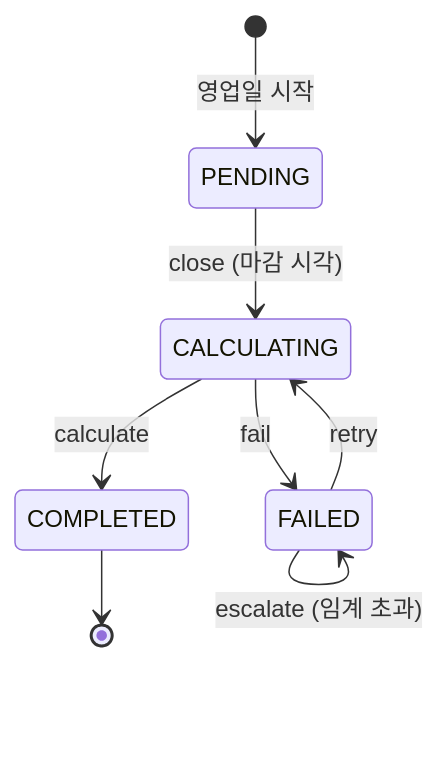
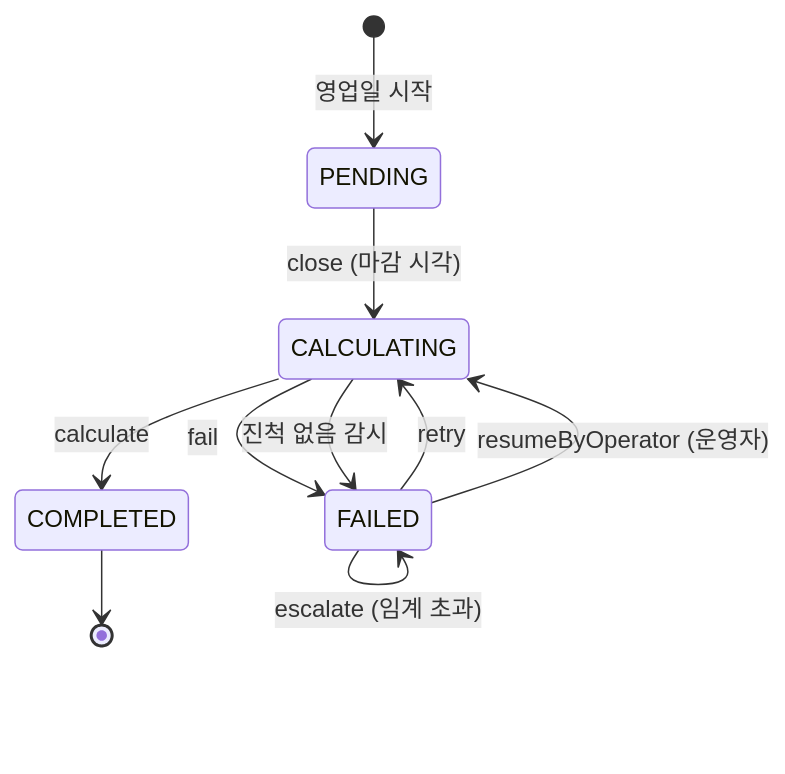
One commit to jun-bank/docs changed the diagram in domain/state-machines/settlement.md. Above: the diagram before and after it, drawn with Mermaid. The commit also changed other lines of this file and 13 other files, not shown here.

````diff
--- a/domain/state-machines/settlement.md
+++ b/domain/state-machines/settlement.md
@@ -25,10 +25,12 @@
 ```mermaid
 stateDiagram-v2
     [*] --> PENDING: 영업일 시작
     PENDING --> CALCULATING: close (마감 시각)
     CALCULATING --> COMPLETED: calculate
     CALCULATING --> FAILED: fail
     FAILED --> CALCULATING: retry
     FAILED --> FAILED: escalate (임계 초과)
+    FAILED --> CALCULATING: resumeByOperator (운영자)
+    CALCULATING --> FAILED: 진척 없음 감시
     COMPLETED --> [*]
 ```
````
